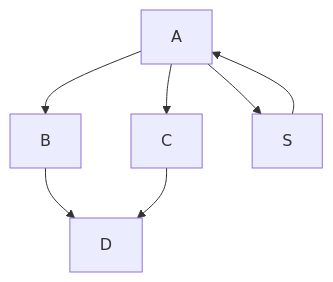
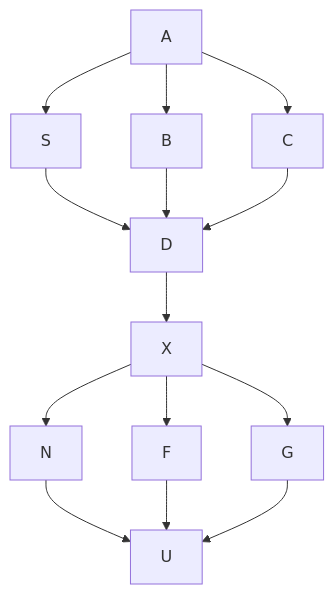
One commit to editscanx/ScanX_app changed the diagram in التطبيق/مواصفات.md. Above: the diagram before and after it, drawn with Mermaid.

````diff
--- a/التطبيق/مواصفات.md
+++ b/التطبيق/مواصفات.md
@@ -1,9 +1,17 @@
 ```mermaid
 graph TD;
     A-->B;
     A-->C;
 A-->S;
-S-->A;
+S-->D;
     B-->D;
     C-->D;
+    D-->X;
+X-->N;
+X-->F;
+X-->G;
+N-->U;
+F-->U;
+G-->U;
+
 ```
````
